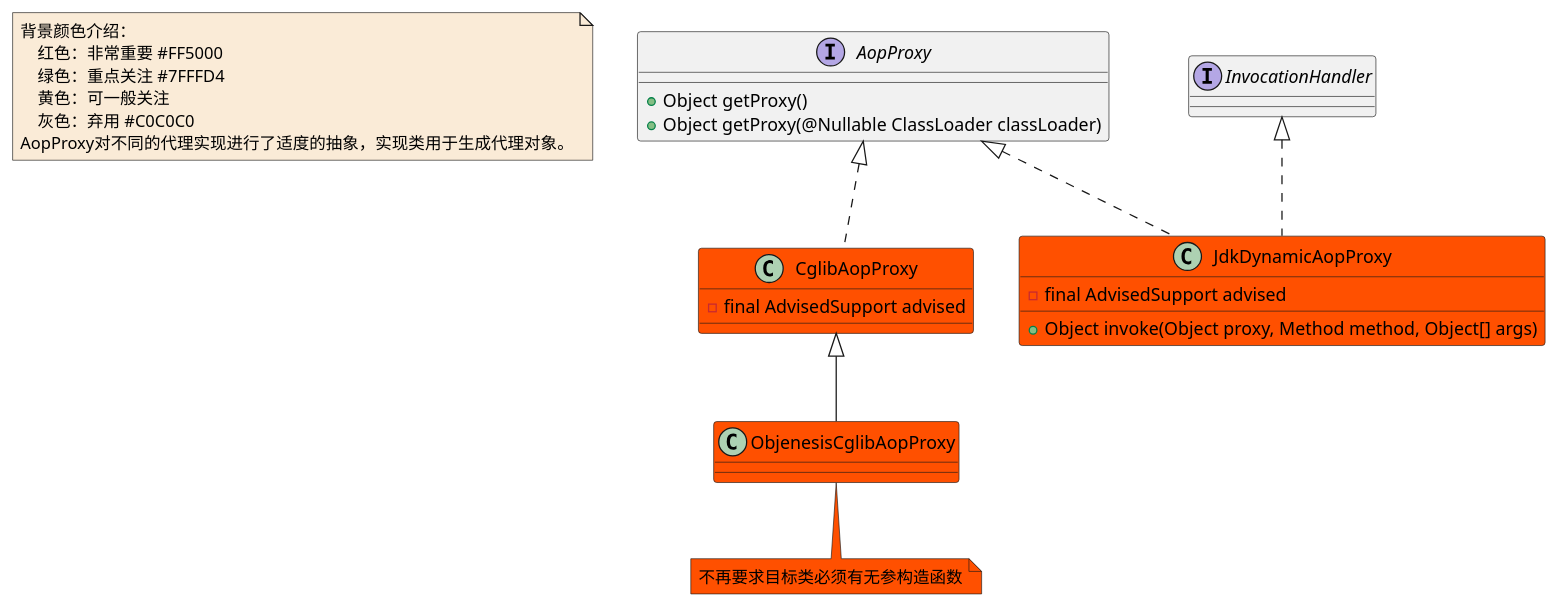
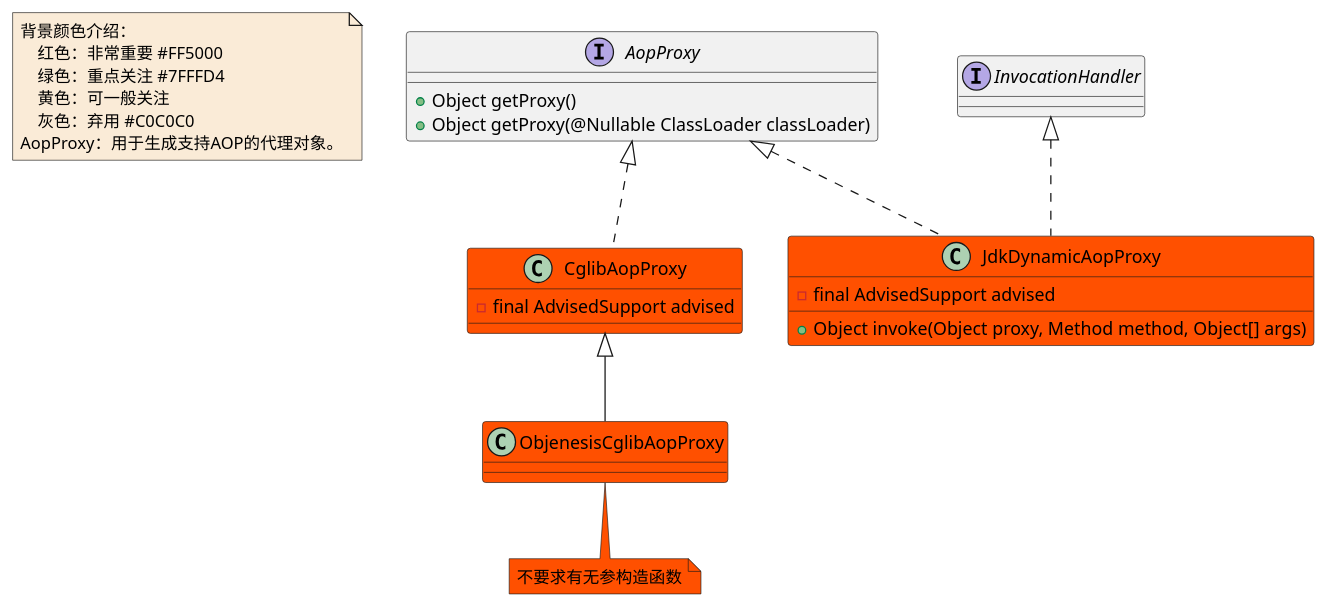
One commit to czwer/learn-spring-code changed the diagram in document/spring/base/class/AOP-AopProxy-class.puml. Above: the diagram before and after it, drawn with PlantUML. The commit also changed 5 other files, not shown here.

Commit message:
修改AOP相关类图

```diff
--- a/document/spring/base/class/AOP-AopProxy-class.puml
+++ b/document/spring/base/class/AOP-AopProxy-class.puml
@@ -1,35 +1,35 @@
 @startuml
 
 note  as N1 #FAEBD7
     背景颜色介绍：
         红色：非常重要 #FF5000
         绿色：重点关注 #7FFFD4
         黄色：可一般关注
         灰色：弃用 #C0C0C0
-    AopProxy对不同的代理实现进行了适度的抽象，实现类用于生成代理对象。
+    AopProxy：用于生成支持AOP的代理对象。
 end note
 
 interface AopProxy
 AopProxy : +Object getProxy()
 AopProxy : +Object getProxy(@Nullable ClassLoader classLoader)
 class CglibAopProxy #FF5000
 CglibAopProxy : -final AdvisedSupport advised
 interface InvocationHandler
 class JdkDynamicAopProxy #FF5000
 JdkDynamicAopProxy : +Object invoke(Object proxy, Method method, Object[] args)
 JdkDynamicAopProxy : -final AdvisedSupport advised
 class ObjenesisCglibAopProxy #FF5000
-note bottom  #FF5000: 不再要求目标类必须有无参构造函数
+note bottom  #FF5000: 不要求有无参构造函数
 
 
 
 AopProxy <|.. CglibAopProxy
 AopProxy <|.. JdkDynamicAopProxy
 
 
 CglibAopProxy <|-- ObjenesisCglibAopProxy
 
 InvocationHandler <|.. JdkDynamicAopProxy
 
 
 @enduml
```
